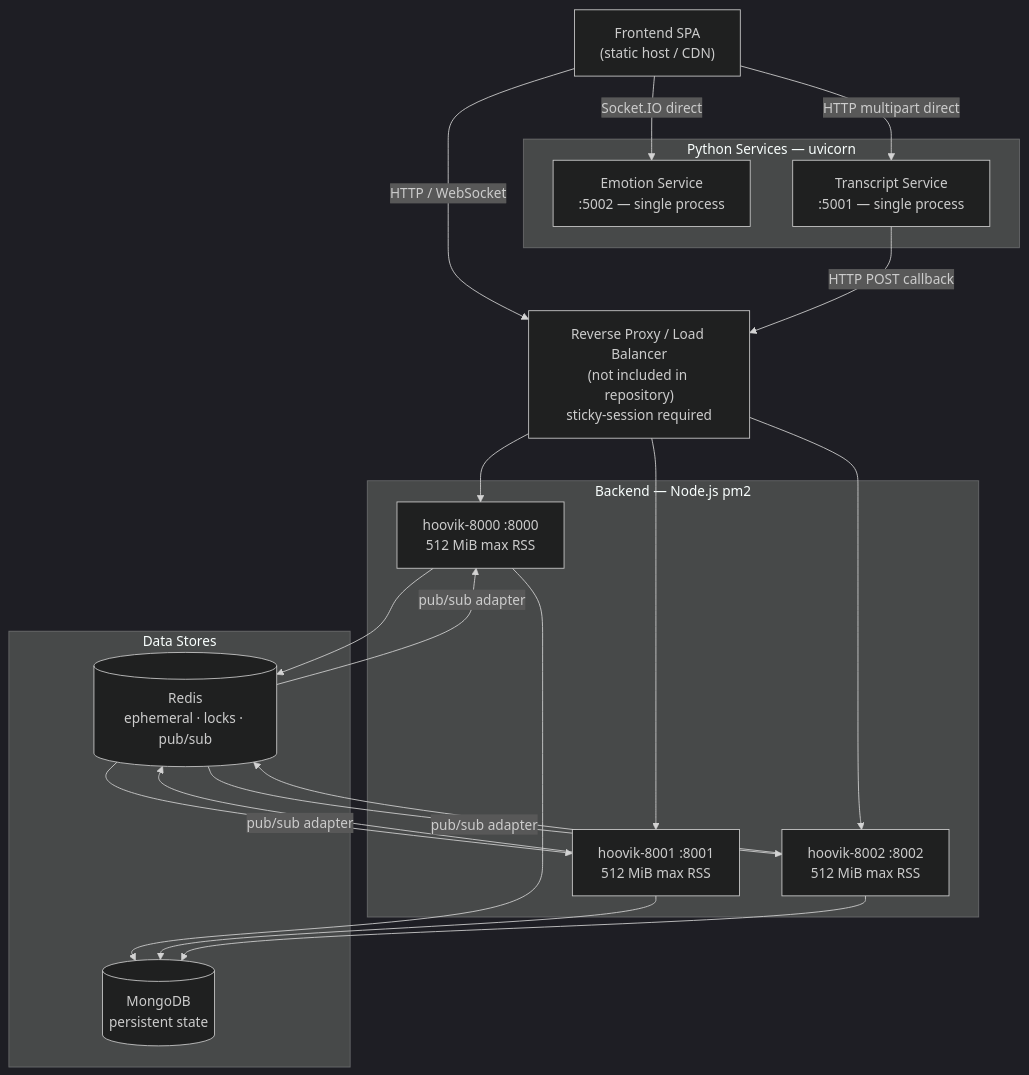
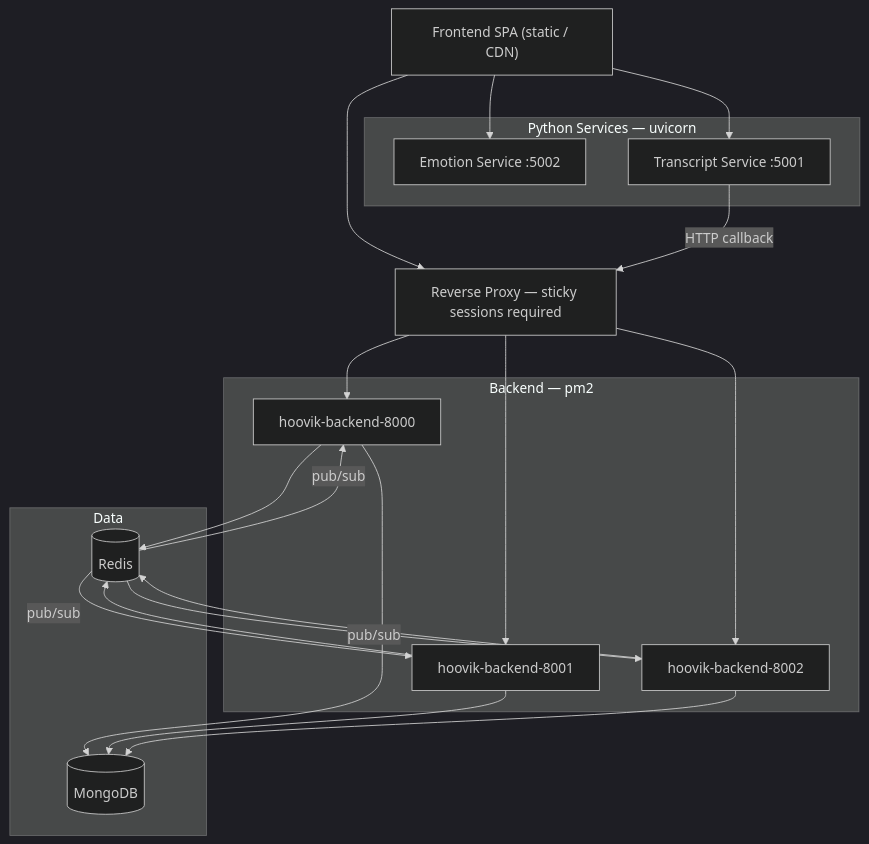
The third of 3 diagrams in README.md (AnupamKumar-1/Hoovik), drawn with Mermaid (dark theme) before and after one commit. The commit also changed other lines of this file, not shown here.

Commit message:
docs(README): sync with backend & frontend — fix stale limitations, add missing features

````diff
--- a/README.md
+++ b/README.md
@@ -376,32 +262,28 @@
 ```mermaid
 graph TD
-    FE["Frontend SPA\n(static host / CDN)"]
-    LB["Reverse Proxy / Load Balancer\n(not included in repository)\nsticky-session required"]
+    FE["Frontend SPA (static / CDN)"]
+    LB["Reverse Proxy — sticky sessions required"]
 
-    subgraph BackendCluster ["Backend — Node.js pm2"]
-        B0["hoovik-8000 :8000\n512 MiB max RSS"]
-        B1["hoovik-8001 :8001\n512 MiB max RSS"]
-        B2["hoovik-8002 :8002\n512 MiB max RSS"]
+    subgraph PM2 ["Backend — pm2"]
+        B0["hoovik-backend-8000"]
+        B1["hoovik-backend-8001"]
+        B2["hoovik-backend-8002"]
     end
 
-    subgraph PythonServices ["Python Services — uvicorn"]
-        ES["Emotion Service\n:5002 — single process"]
-        TS["Transcript Service\n:5001 — single process"]
+    subgraph Python ["Python Services — uvicorn"]
+        ES["Emotion Service :5002"]
+        TS["Transcript Service :5001"]
     end
 
-    subgraph DataStores ["Data Stores"]
-        Mongo[("MongoDB\npersistent state")]
-        Redis[("Redis\nephemeral · locks · pub/sub")]
+    subgraph Data
+        Mongo[("MongoDB")]
+        Redis[("Redis")]
     end
 
-    FE -->|"HTTP / WebSocket"| LB
-    LB --> B0 & B1 & B2
-    FE -->|"Socket.IO direct"| ES
-    FE -->|"HTTP multipart direct"| TS
-
-    B0 & B1 & B2 --> Mongo
-    B0 & B1 & B2 --> Redis
-    Redis -->|"pub/sub adapter"| B0 & B1 & B2
-
-    TS -->|"HTTP POST callback"| LB
+    FE --> LB --> B0 & B1 & B2
+    FE --> ES
+    FE --> TS
+    B0 & B1 & B2 --> Mongo & Redis
+    Redis -- "pub/sub" --> B0 & B1 & B2
+    TS -- "HTTP callback" --> LB
 ```
````
